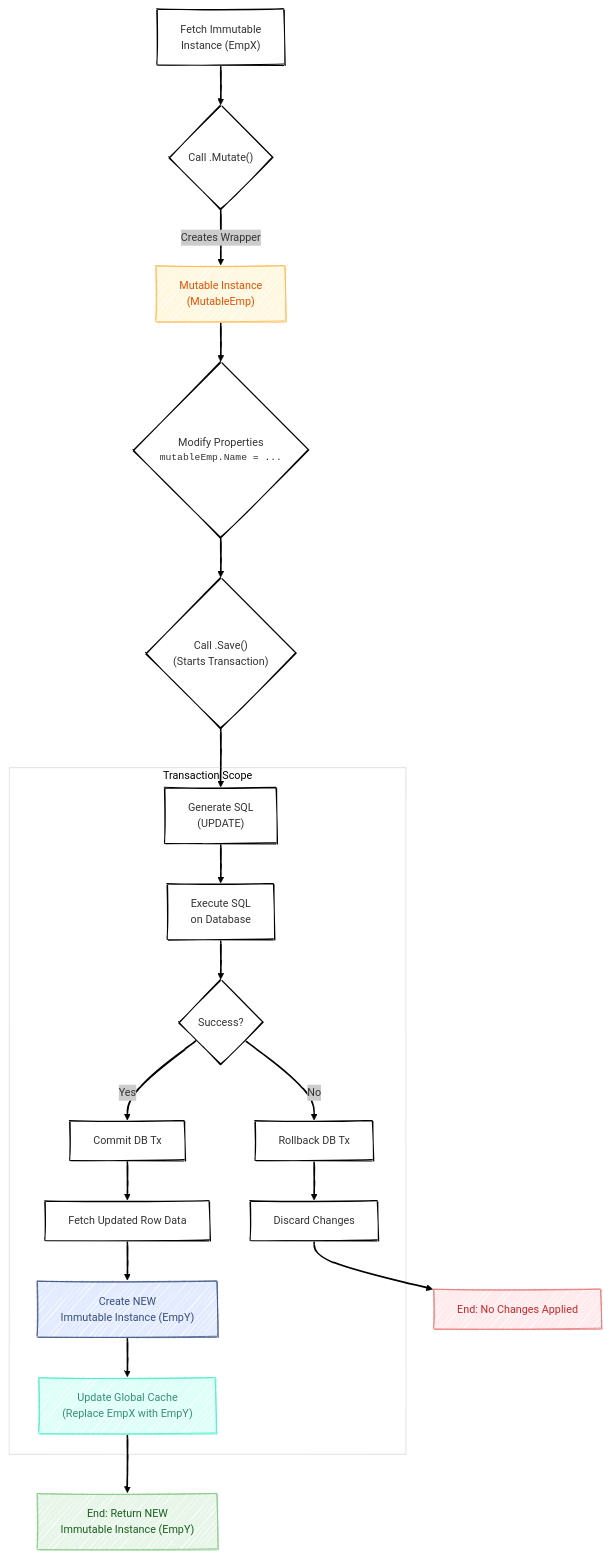
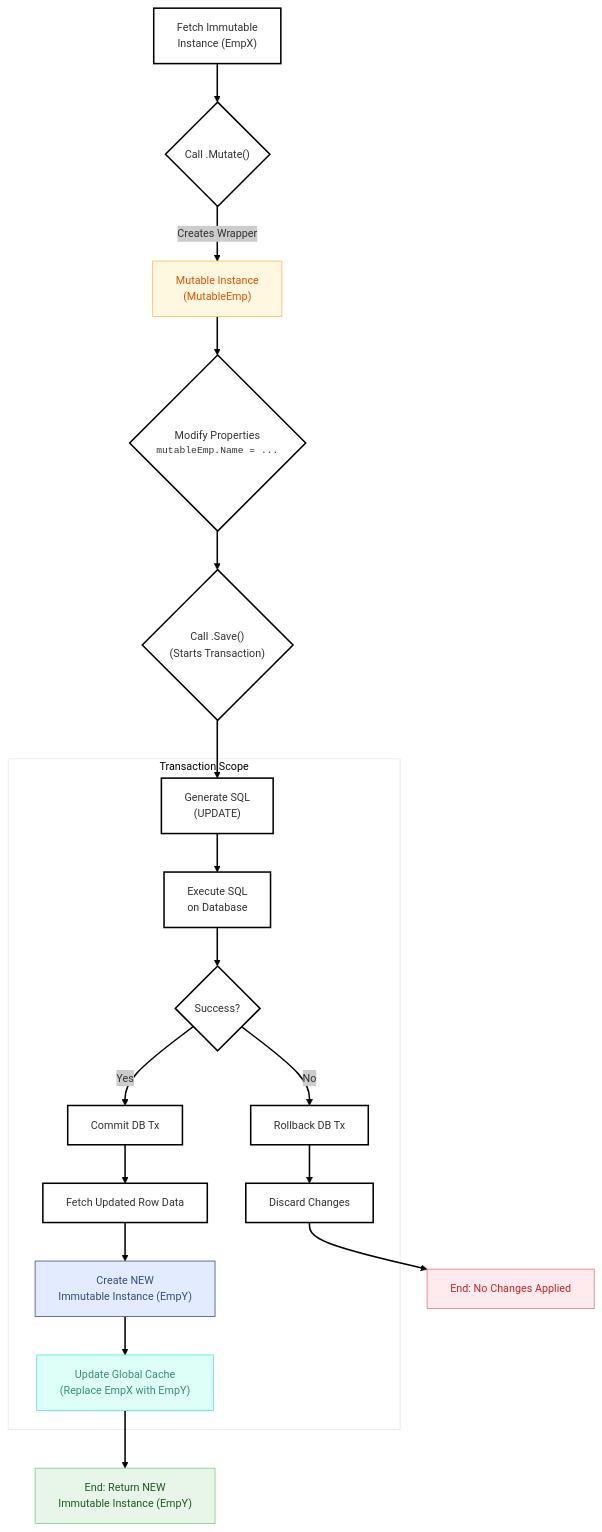
The second of 2 diagrams in docs/Caching and Mutation.md (bazer/DataLinq), drawn with Mermaid before and after one commit. The commit also changed other lines of this file and 5 other files, not shown here.

Commit message:
Align the header style more with Githubs rendering. Attempt to remove rendered raster from Mermaid diagrams.

````diff
--- a/docs/Caching and Mutation.md
+++ b/docs/Caching and Mutation.md
@@ -94,34 +94,34 @@
 ```mermaid
 ---
 config:
   theme: neo
-  look: handDrawn
+  look: classic
 ---
 flowchart TD
     A["Fetch Immutable<br/>Instance (EmpX)"] --> B{"Call .Mutate()"}
     B -- Creates Wrapper --> C["Mutable Instance<br/>(MutableEmp)"]:::MutateStyle
     C --> D{"Modify Properties<br/><div style='font-family:monospace; font-size:0.9em;'>mutableEmp.Name = ...</div>"}
     D --> E{"Call .Save()<br/>(Starts Transaction)"}
 
     subgraph "Transaction Scope"
         F["Generate SQL<br/>(UPDATE)"] --> G["Execute SQL<br/>on Database"]
         G --> H{"Success?"}
         H -- Yes --> I["Commit DB Tx"]
         I --> J["Fetch Updated Row Data"]
         J --> K["Create NEW<br/>Immutable Instance (EmpY)"]:::Sky
         K --> L["Update Global Cache<br/>(Replace EmpX with EmpY)"]:::Aqua
         H -- No --> M["Rollback DB Tx"]
         M --> N["Discard Changes"]
     end
 
     E --> F
     L --> O["End: Return NEW<br/>Immutable Instance (EmpY)"]:::SuccessStyle
     N --> P["End: No Changes Applied"]:::ErrorStyle
 
     classDef Aqua stroke-width:1px, stroke:#46EDC8, fill:#DEFFF8, color:#378E7A
     classDef Sky stroke-width:1px, stroke:#374D7C, fill:#E2EBFF, color:#374D7C
     classDef MutateStyle stroke-width:1px, stroke:#FFB74D, fill:#FFF8E1, color:#E65100
     classDef ErrorStyle stroke-width:1px, stroke:#E57373, fill:#FFEBEE, color:#C62828
     classDef SuccessStyle stroke-width:1px, stroke:#81C784, fill:#E8F5E9, color:#1B5E20
     linkStyle default stroke:#000000
 ```
````
